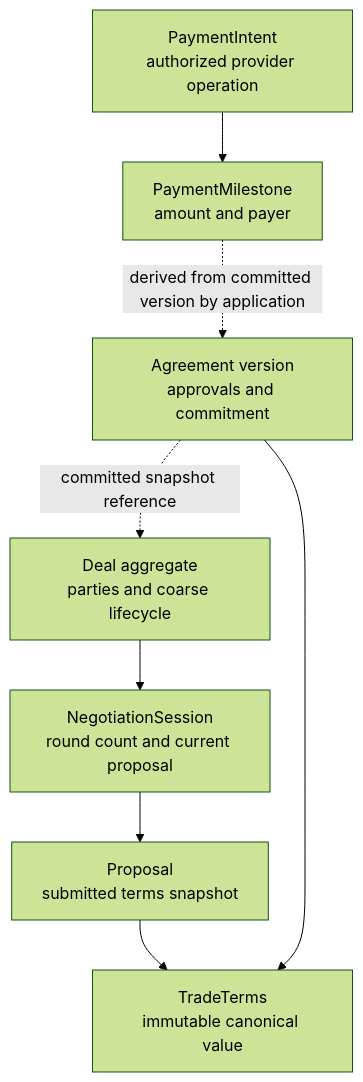
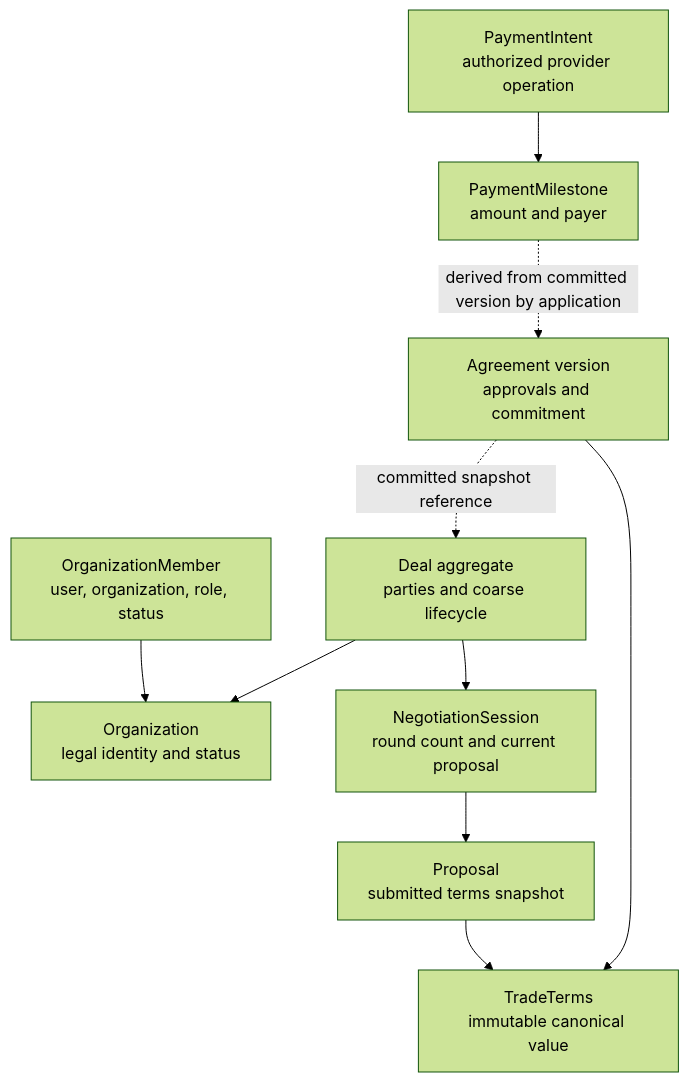
Before and after one commit to yashaswi-khurana/SyncAlly: the second of 2 diagrams in docs/architecture/05-domain-layer.md, drawn with Mermaid (forest theme). The commit also changed other lines of this file and 5 other files, not shown here.

````diff
--- a/docs/architecture/05-domain-layer.md
+++ b/docs/architecture/05-domain-layer.md
@@ -26,17 +26,21 @@
 ```mermaid
 flowchart TD
+    Organization[Organization<br/>legal identity and status]
+    Membership[OrganizationMember<br/>user, organization, role, status]
     Deal[Deal aggregate<br/>parties and coarse lifecycle]
     Session[NegotiationSession<br/>round count and current proposal]
     Proposal[Proposal<br/>submitted terms snapshot]
     Terms[TradeTerms<br/>immutable canonical value]
     Agreement[Agreement version<br/>approvals and commitment]
     Milestone[PaymentMilestone<br/>amount and payer]
     Intent[PaymentIntent<br/>authorized provider operation]
+    Membership --> Organization
+    Deal --> Organization
     Deal --> Session
     Session --> Proposal
     Proposal --> Terms
     Agreement --> Terms
     Agreement -. committed snapshot reference .-> Deal
     Milestone -. derived from committed version by application .-> Agreement
     Intent --> Milestone
 ```
````
